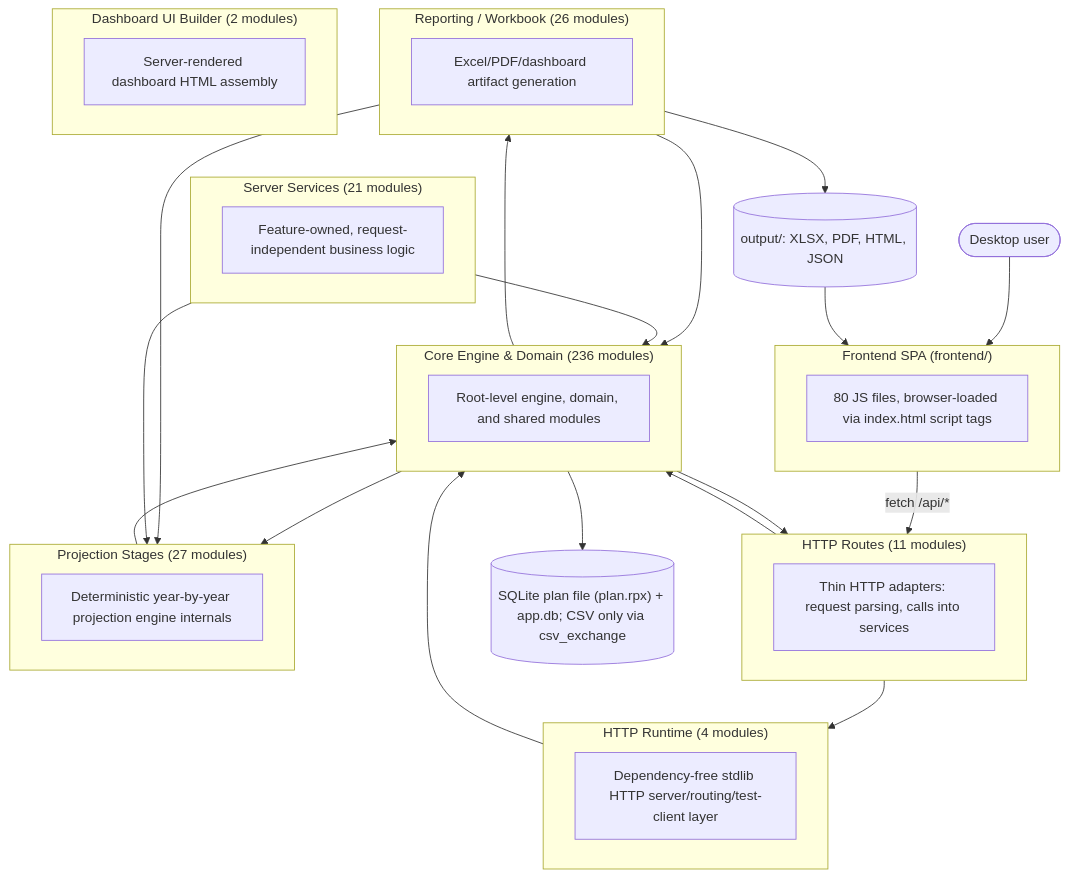
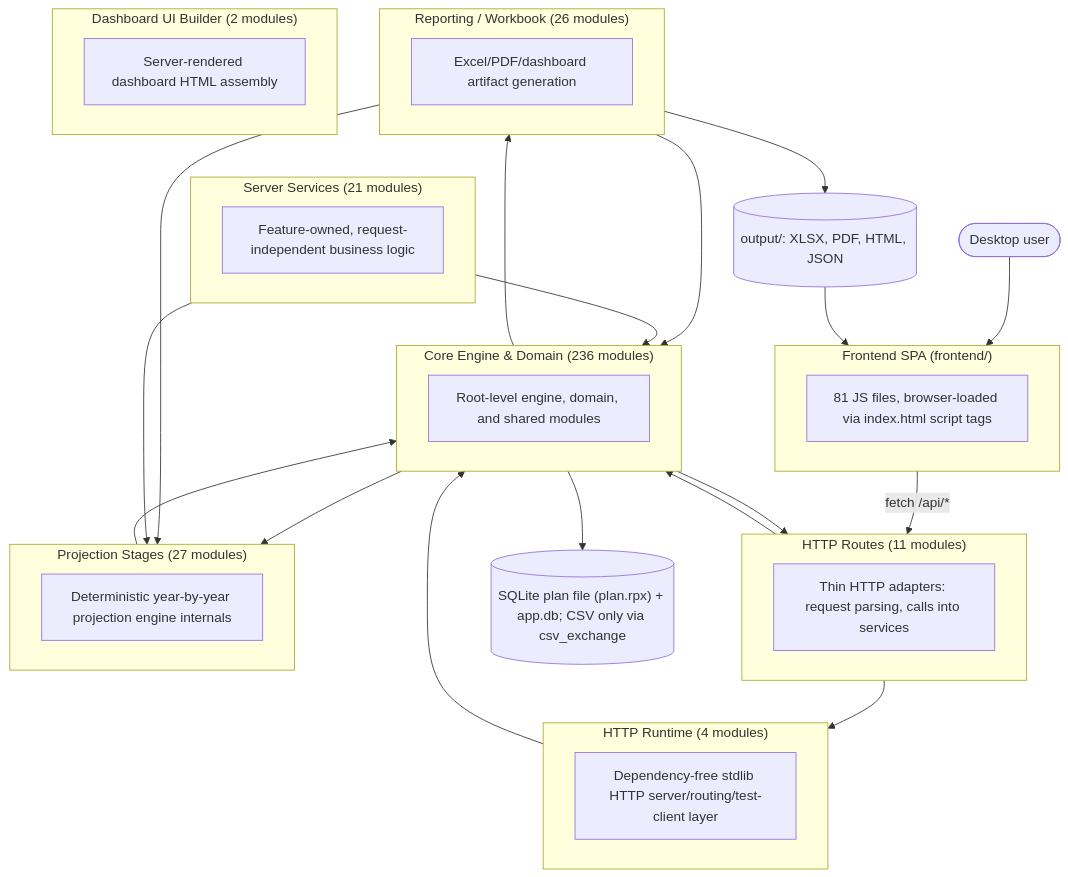
Before and after one commit to matthartzman/retirement_system: the first of 2 diagrams in documentation/reference/SYSTEM_ARCHITECTURE_DIAGRAM.md, drawn with Mermaid. The commit also changed other lines of this file and 6 other files, not shown here.

````diff
--- a/documentation/reference/SYSTEM_ARCHITECTURE_DIAGRAM.md
+++ b/documentation/reference/SYSTEM_ARCHITECTURE_DIAGRAM.md
@@ -11,43 +11,43 @@
 ```mermaid
 flowchart TB
     User(["Desktop user"]) --> FE
     subgraph FE["Frontend SPA (frontend/)"]
-        FEcount["80 JS files, browser-loaded via index.html script tags"]
+        FEcount["81 JS files, browser-loaded via index.html script tags"]
     end
     FE -->|fetch /api/*| L_HTTP_Routes
     subgraph L_HTTP_Routes["HTTP Routes (11 modules)"]
         L_HTTP_Routes_d["Thin HTTP adapters: request parsing, calls into services"]
     end
     subgraph L_Server_Services["Server Services (21 modules)"]
         L_Server_Services_d["Feature-owned, request-independent business logic"]
     end
     subgraph L_HTTP_Runtime["HTTP Runtime (4 modules)"]
         L_HTTP_Runtime_d["Dependency-free stdlib HTTP server/routing/test-client layer"]
     end
     subgraph L_Core_Engine___Domain["Core Engine & Domain (236 modules)"]
         L_Core_Engine___Domain_d["Root-level engine, domain, and shared modules"]
     end
     subgraph L_Projection_Stages["Projection Stages (27 modules)"]
         L_Projection_Stages_d["Deterministic year-by-year projection engine internals"]
     end
     subgraph L_Reporting___Workbook["Reporting / Workbook (26 modules)"]
         L_Reporting___Workbook_d["Excel/PDF/dashboard artifact generation"]
     end
     subgraph L_Dashboard_UI_Builder["Dashboard UI Builder (2 modules)"]
         L_Dashboard_UI_Builder_d["Server-rendered dashboard HTML assembly"]
     end
     L_Core_Engine___Domain --> L_HTTP_Routes
     L_Core_Engine___Domain --> L_Projection_Stages
     L_Core_Engine___Domain --> L_Reporting___Workbook
     L_HTTP_Routes --> L_Core_Engine___Domain
     L_HTTP_Routes --> L_HTTP_Runtime
     L_HTTP_Runtime --> L_Core_Engine___Domain
     L_Projection_Stages --> L_Core_Engine___Domain
     L_Reporting___Workbook --> L_Core_Engine___Domain
     L_Reporting___Workbook --> L_Projection_Stages
     L_Server_Services --> L_Core_Engine___Domain
     L_Server_Services --> L_Projection_Stages
     L_Core_Engine___Domain --> DB[("SQLite plan file (plan.rpx) + app.db; CSV only via csv_exchange")]
     L_Reporting___Workbook --> Outputs[("output/: XLSX, PDF, HTML, JSON")]
     Outputs --> FE
 ```
````
